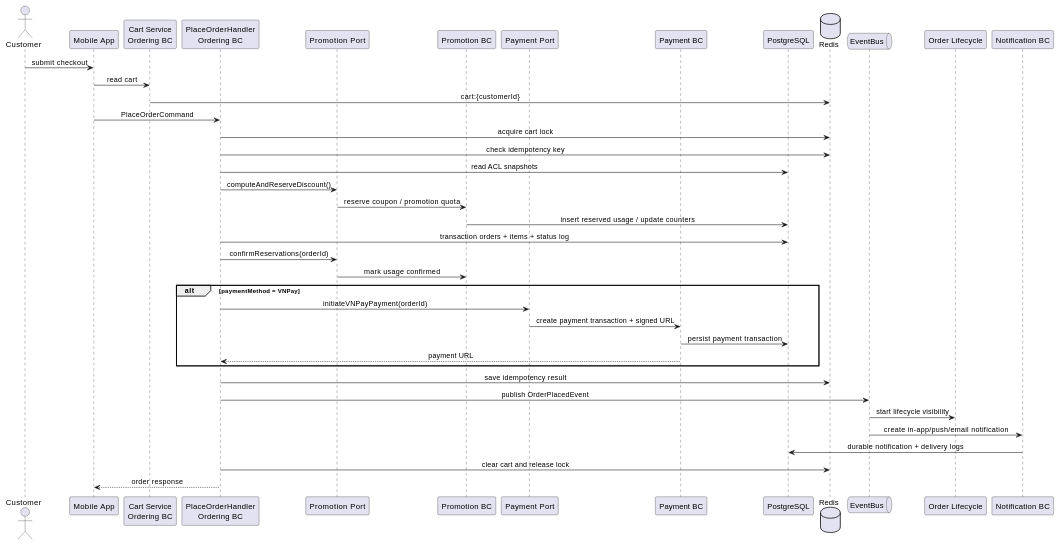
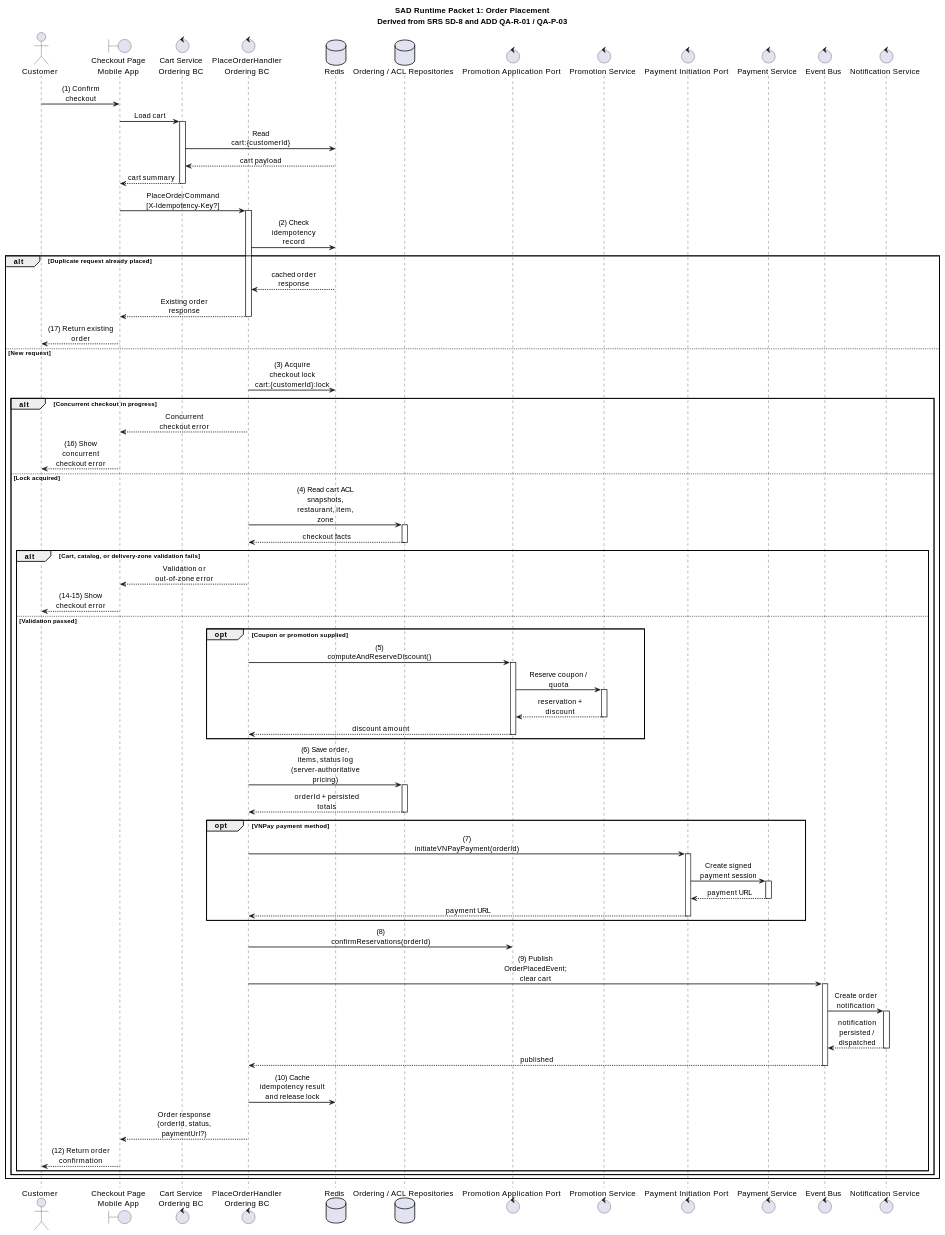
One commit to luubinhdeptrai/Food_Delivery changed the fourth of 9 diagrams in apps/api/docs/Final_Documents/ASR-ADD-SAD/SAD_FoodDelivery.md. Above: the diagram before and after it, drawn with PlantUML. The commit also changed other lines of this file and 1 other file, not shown here.

Commit message:
update diagram SAD

````diff
--- a/apps/api/docs/Final_Documents/ASR-ADD-SAD/SAD_FoodDelivery.md
+++ b/apps/api/docs/Final_Documents/ASR-ADD-SAD/SAD_FoodDelivery.md
@@ -1465,49 +2009,108 @@
 ```plantuml
 @startuml SoLi_Order_Placement_Runtime
-skinparam backgroundColor #FFFFFF
 skinparam shadowing false
-skinparam sequenceArrowThickness 1
-skinparam defaultTextAlignment center
+skinparam sequenceMessageAlign center
+skinparam responseMessageBelowArrow true
+skinparam maxMessageSize 120
+skinparam sequenceArrowThickness 1.5
+skinparam ParticipantPadding 20
+skinparam BoxPadding 10
 
-actor Customer
-participant "Mobile App" as Mobile
-participant "Cart Service\nOrdering BC" as Cart
-participant "PlaceOrderHandler\nOrdering BC" as Checkout
-participant "Promotion Port" as PromotionPort
-participant "Promotion BC" as Promotion
-participant "Payment Port" as PaymentPort
-participant "Payment BC" as Payment
-participant "PostgreSQL" as DB
+title SAD Runtime Packet 1: Order Placement\nDerived from SRS SD-8 and ADD QA-R-01 / QA-P-03
+
+actor "Customer" as Actor
+boundary "Checkout Page\nMobile App" as UI
+control "Cart Service\nOrdering BC" as CartSvc
+control "PlaceOrderHandler\nOrdering BC" as OrderSvc
 database "Redis" as Redis
-queue "EventBus" as EventBus
-participant "Order Lifecycle" as Lifecycle
-participant "Notification BC" as Notification
+database "Ordering / ACL Repositories" as OrderRepo
+control "Promotion Application Port" as PromPort
+control "Promotion Service" as PromSvc
+control "Payment Initiation Port" as PayPort
+control "Payment Service" as PaySvc
+control "Event Bus" as EventBus
+control "Notification Service" as NotiSvc
 
-Customer -> Mobile : submit checkout
-Mobile -> Cart : read cart
-Cart -> Redis : cart:{customerId}
-Mobile -> Checkout : PlaceOrderCommand
-Checkout -> Redis : acquire cart lock
-Checkout -> Redis : check idempotency key
-Checkout -> DB : read ACL snapshots
-Checkout -> PromotionPort : computeAndReserveDiscount()
-PromotionPort -> Promotion : reserve coupon / promotion quota
-Promotion -> DB : insert reserved usage / update counters
-Checkout -> DB : transaction orders + items + status log
-Checkout -> PromotionPort : confirmReservations(orderId)
-PromotionPort -> Promotion : mark usage confirmed
-alt paymentMethod = VNPay
-  Checkout -> PaymentPort : initiateVNPayPayment(orderId)
-  PaymentPort -> Payment : create payment transaction + signed URL
-  Payment -> DB : persist payment transaction
-  Payment --> Checkout : payment URL
+autonumber stop
+
+Actor -> UI : (1) Confirm checkout
+UI -> CartSvc : Load cart
+activate CartSvc
+CartSvc -> Redis : Read cart:{customerId}
+Redis --> CartSvc : cart payload
+CartSvc --> UI : cart summary
+deactivate CartSvc
+
+UI -> OrderSvc : PlaceOrderCommand\n[X-Idempotency-Key?]
+activate OrderSvc
+OrderSvc -> Redis : (2) Check idempotency record
+
+alt Duplicate request already placed
+  Redis --> OrderSvc : cached order response
+  OrderSvc --> UI : Existing order response
+  deactivate OrderSvc
+  UI --> Actor : (17) Return existing order
+else New request
+  OrderSvc -> Redis : (3) Acquire checkout lock\ncart:{customerId}:lock
+
+  alt Concurrent checkout in progress
+    OrderSvc --> UI : Concurrent checkout error
+    deactivate OrderSvc
+    UI --> Actor : (16) Show concurrent checkout error
+  else Lock acquired
+    OrderSvc -> OrderRepo : (4) Read cart ACL snapshots, restaurant, item, zone
+    activate OrderRepo
+    OrderRepo --> OrderSvc : checkout facts
+    deactivate OrderRepo
+
+    alt Cart, catalog, or delivery-zone validation fails
+      OrderSvc --> UI : Validation or out-of-zone error
+      deactivate OrderSvc
+      UI --> Actor : (14-15) Show checkout error
+    else Validation passed
+      opt Coupon or promotion supplied
+        OrderSvc -> PromPort : (5) computeAndReserveDiscount()
+        activate PromPort
+        PromPort -> PromSvc : Reserve coupon / quota
+        activate PromSvc
+        PromSvc --> PromPort : reservation + discount
+        deactivate PromSvc
+        PromPort --> OrderSvc : discount amount
+        deactivate PromPort
+      end
+
+      OrderSvc -> OrderRepo : (6) Save order, items, status log\n(server-authoritative pricing)
+      activate OrderRepo
+      OrderRepo --> OrderSvc : orderId + persisted totals
+      deactivate OrderRepo
+
+      opt VNPay payment method
+        OrderSvc -> PayPort : (7) initiateVNPayPayment(orderId)
+        activate PayPort
+        PayPort -> PaySvc : Create signed payment session
+        activate PaySvc
+        PaySvc --> PayPort : payment URL
+        deactivate PaySvc
+        PayPort --> OrderSvc : payment URL
+        deactivate PayPort
+      end
+
+      OrderSvc -> PromPort : (8) confirmReservations(orderId)
+      OrderSvc -> EventBus : (9) Publish OrderPlacedEvent; clear cart
+      activate EventBus
+      EventBus -> NotiSvc : Create order notification
+      activate NotiSvc
+      NotiSvc --> EventBus : notification persisted / dispatched
+      deactivate NotiSvc
+      EventBus --> OrderSvc : published
+      deactivate EventBus
+      OrderSvc -> Redis : (10) Cache idempotency result and release lock
+      OrderSvc --> UI : Order response (orderId, status, paymentUrl?)
+      deactivate OrderSvc
+      UI --> Actor : (12) Return order confirmation
+    end
+  end
 end
-Checkout -> Redis : save idempotency result
-Checkout -> EventBus : publish OrderPlacedEvent
-EventBus -> Lifecycle : start lifecycle visibility
-EventBus -> Notification : create in-app/push/email notification
-Notification -> DB : durable notification + delivery logs
-Checkout -> Redis : clear cart and release lock
-Checkout --> Mobile : order response
+
 @enduml
 ```
````
